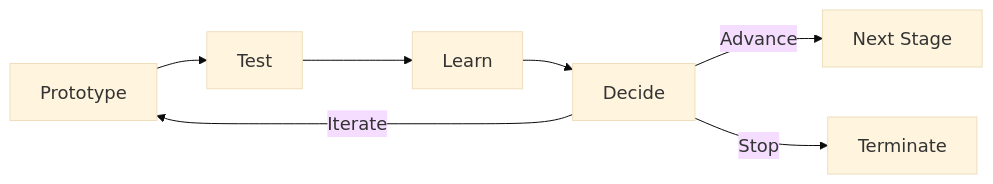
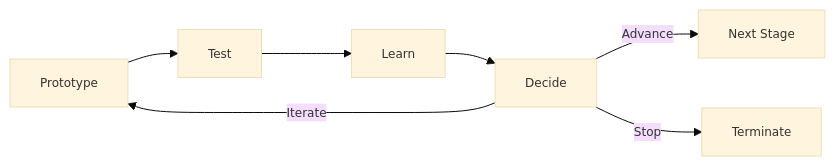
Before and after one commit to micro-canvas-framework/micro-canvas-framework.github.io: the diagram in docs/book/phase-2/17-ExperimentationTesting.md, drawn with Mermaid. The commit also changed other lines of this file and 23 other files, not shown here.

Commit message:
docs(book): normalize mermaid font size to 12px

````diff
--- a/docs/book/phase-2/17-ExperimentationTesting.md
+++ b/docs/book/phase-2/17-ExperimentationTesting.md
@@ -63,10 +63,10 @@
 ```mermaid
-%%{init: {"theme":"base","themeVariables":{"fontSize":"18px"}} }%%
+%%{init: {"theme":"base","themeVariables":{"fontSize":"12px"}} }%%
 flowchart LR
   A[Prototype] --> B[Test]
   B --> C[Learn]
   C --> D[Decide]
   D -->|Iterate| A
   D -->|Advance| E[Next Stage]
   D -->|Stop| F[Terminate]
 ```
````
